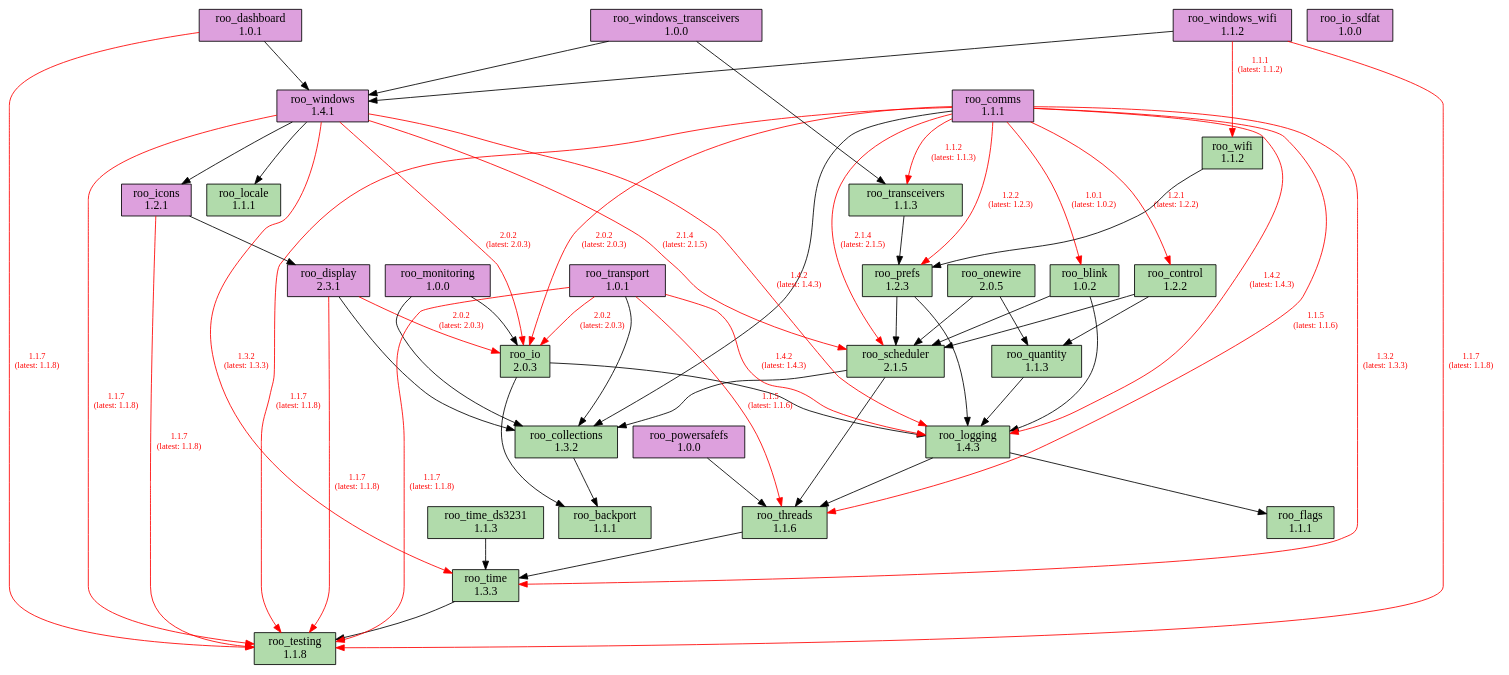
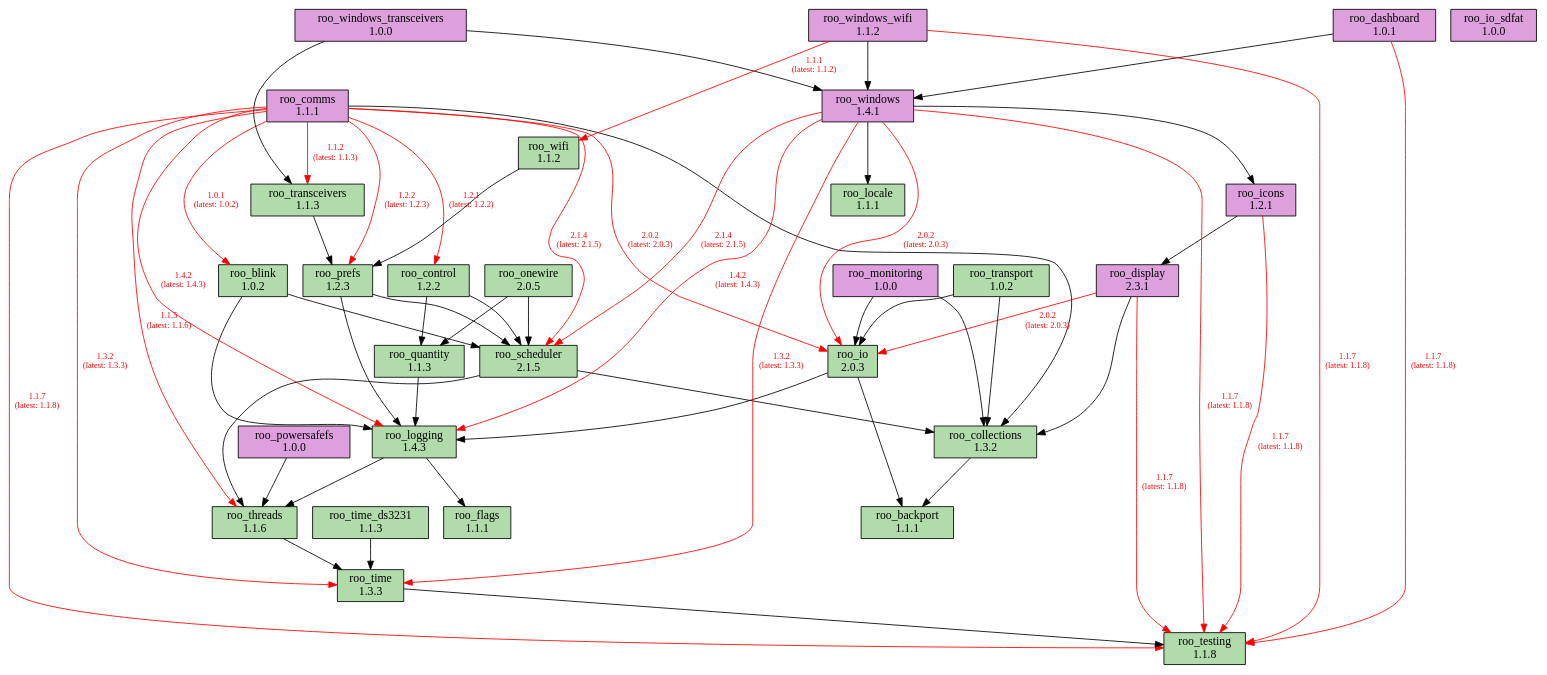
One commit to dejwk/roo-registry changed the diagram in doc/dependencies.dot. Above: the diagram before and after it, drawn with Graphviz. The commit also changed 3 other files, not shown here.

Commit message:
Added roo_transport 1.0.2 to the registry.

```diff
--- a/doc/dependencies.dot
+++ b/doc/dependencies.dot
@@ -1,97 +1,94 @@
 digraph dependencies {
     rankdir=TB;
     node [shape=box, style=filled];
     edge [fontsize=10];
 
     // Modules
     "roo_backport" [label="roo_backport\n1.1.1", fillcolor="#b1dbab"];
     "roo_blink" [label="roo_blink\n1.0.2", fillcolor="#b1dbab"];
     "roo_collections" [label="roo_collections\n1.3.2", fillcolor="#b1dbab"];
     "roo_comms" [label="roo_comms\n1.1.1", fillcolor="plum"];
     "roo_control" [label="roo_control\n1.2.2", fillcolor="#b1dbab"];
     "roo_dashboard" [label="roo_dashboard\n1.0.1", fillcolor="plum"];
     "roo_display" [label="roo_display\n2.3.1", fillcolor="plum"];
     "roo_flags" [label="roo_flags\n1.1.1", fillcolor="#b1dbab"];
     "roo_icons" [label="roo_icons\n1.2.1", fillcolor="plum"];
     "roo_io" [label="roo_io\n2.0.3", fillcolor="#b1dbab"];
     "roo_io_sdfat" [label="roo_io_sdfat\n1.0.0", fillcolor="plum"];
     "roo_locale" [label="roo_locale\n1.1.1", fillcolor="#b1dbab"];
     "roo_logging" [label="roo_logging\n1.4.3", fillcolor="#b1dbab"];
     "roo_monitoring" [label="roo_monitoring\n1.0.0", fillcolor="plum"];
     "roo_onewire" [label="roo_onewire\n2.0.5", fillcolor="#b1dbab"];
     "roo_powersafefs" [label="roo_powersafefs\n1.0.0", fillcolor="plum"];
     "roo_prefs" [label="roo_prefs\n1.2.3", fillcolor="#b1dbab"];
     "roo_quantity" [label="roo_quantity\n1.1.3", fillcolor="#b1dbab"];
     "roo_scheduler" [label="roo_scheduler\n2.1.5", fillcolor="#b1dbab"];
     "roo_testing" [label="roo_testing\n1.1.8", fillcolor="#b1dbab"];
     "roo_threads" [label="roo_threads\n1.1.6", fillcolor="#b1dbab"];
     "roo_time" [label="roo_time\n1.3.3", fillcolor="#b1dbab"];
     "roo_time_ds3231" [label="roo_time_ds3231\n1.1.3", fillcolor="#b1dbab"];
     "roo_transceivers" [label="roo_transceivers\n1.1.3", fillcolor="#b1dbab"];
-    "roo_transport" [label="roo_transport\n1.0.1", fillcolor="plum"];
+    "roo_transport" [label="roo_transport\n1.0.2", fillcolor="#b1dbab"];
     "roo_wifi" [label="roo_wifi\n1.1.2", fillcolor="#b1dbab"];
     "roo_windows" [label="roo_windows\n1.4.1", fillcolor="plum"];
     "roo_windows_transceivers" [label="roo_windows_transceivers\n1.0.0", fillcolor="plum"];
     "roo_windows_wifi" [label="roo_windows_wifi\n1.1.2", fillcolor="plum"];
 
     // Dependencies
     "roo_blink" -> "roo_logging";
     "roo_blink" -> "roo_scheduler";
     "roo_collections" -> "roo_backport";
     "roo_comms" -> "roo_testing" [color=red, fontcolor=red, label="1.1.7\n(latest: 1.1.8)"];
     "roo_comms" -> "roo_blink" [color=red, fontcolor=red, label="1.0.1\n(latest: 1.0.2)"];
     "roo_comms" -> "roo_collections";
     "roo_comms" -> "roo_control" [color=red, fontcolor=red, label="1.2.1\n(latest: 1.2.2)"];
     "roo_comms" -> "roo_io" [color=red, fontcolor=red, label="2.0.2\n(latest: 2.0.3)"];
     "roo_comms" -> "roo_logging" [color=red, fontcolor=red, label="1.4.2\n(latest: 1.4.3)"];
     "roo_comms" -> "roo_prefs" [color=red, fontcolor=red, label="1.2.2\n(latest: 1.2.3)"];
     "roo_comms" -> "roo_scheduler" [color=red, fontcolor=red, label="2.1.4\n(latest: 2.1.5)"];
     "roo_comms" -> "roo_threads" [color=red, fontcolor=red, label="1.1.5\n(latest: 1.1.6)"];
     "roo_comms" -> "roo_time" [color=red, fontcolor=red, label="1.3.2\n(latest: 1.3.3)"];
     "roo_comms" -> "roo_transceivers" [color=red, fontcolor=red, label="1.1.2\n(latest: 1.1.3)"];
     "roo_control" -> "roo_quantity";
     "roo_control" -> "roo_scheduler";
     "roo_dashboard" -> "roo_testing" [color=red, fontcolor=red, label="1.1.7\n(latest: 1.1.8)"];
     "roo_dashboard" -> "roo_windows";
     "roo_display" -> "roo_testing" [color=red, fontcolor=red, label="1.1.7\n(latest: 1.1.8)"];
     "roo_display" -> "roo_collections";
     "roo_display" -> "roo_io" [color=red, fontcolor=red, label="2.0.2\n(latest: 2.0.3)"];
     "roo_icons" -> "roo_testing" [color=red, fontcolor=red, label="1.1.7\n(latest: 1.1.8)"];
     "roo_icons" -> "roo_display";
     "roo_io" -> "roo_backport";
     "roo_io" -> "roo_logging";
     "roo_logging" -> "roo_flags";
     "roo_logging" -> "roo_threads";
     "roo_monitoring" -> "roo_collections";
     "roo_monitoring" -> "roo_io";
     "roo_onewire" -> "roo_scheduler";
     "roo_onewire" -> "roo_quantity";
     "roo_powersafefs" -> "roo_threads";
     "roo_prefs" -> "roo_logging";
     "roo_prefs" -> "roo_scheduler";
     "roo_quantity" -> "roo_logging";
     "roo_scheduler" -> "roo_collections";
     "roo_scheduler" -> "roo_threads";
     "roo_threads" -> "roo_time";
     "roo_time" -> "roo_testing";
     "roo_time_ds3231" -> "roo_time";
     "roo_transceivers" -> "roo_prefs";
-    "roo_transport" -> "roo_testing" [color=red, fontcolor=red, label="1.1.7\n(latest: 1.1.8)"];
     "roo_transport" -> "roo_collections";
-    "roo_transport" -> "roo_io" [color=red, fontcolor=red, label="2.0.2\n(latest: 2.0.3)"];
-    "roo_transport" -> "roo_logging" [color=red, fontcolor=red, label="1.4.2\n(latest: 1.4.3)"];
-    "roo_transport" -> "roo_threads" [color=red, fontcolor=red, label="1.1.5\n(latest: 1.1.6)"];
+    "roo_transport" -> "roo_io";
     "roo_wifi" -> "roo_prefs";
     "roo_windows" -> "roo_testing" [color=red, fontcolor=red, label="1.1.7\n(latest: 1.1.8)"];
     "roo_windows" -> "roo_locale";
     "roo_windows" -> "roo_logging" [color=red, fontcolor=red, label="1.4.2\n(latest: 1.4.3)"];
     "roo_windows" -> "roo_icons";
     "roo_windows" -> "roo_io" [color=red, fontcolor=red, label="2.0.2\n(latest: 2.0.3)"];
     "roo_windows" -> "roo_scheduler" [color=red, fontcolor=red, label="2.1.4\n(latest: 2.1.5)"];
     "roo_windows" -> "roo_time" [color=red, fontcolor=red, label="1.3.2\n(latest: 1.3.3)"];
     "roo_windows_transceivers" -> "roo_transceivers";
     "roo_windows_transceivers" -> "roo_windows";
     "roo_windows_wifi" -> "roo_testing" [color=red, fontcolor=red, label="1.1.7\n(latest: 1.1.8)"];
     "roo_windows_wifi" -> "roo_wifi" [color=red, fontcolor=red, label="1.1.1\n(latest: 1.1.2)"];
     "roo_windows_wifi" -> "roo_windows";
 }
```
